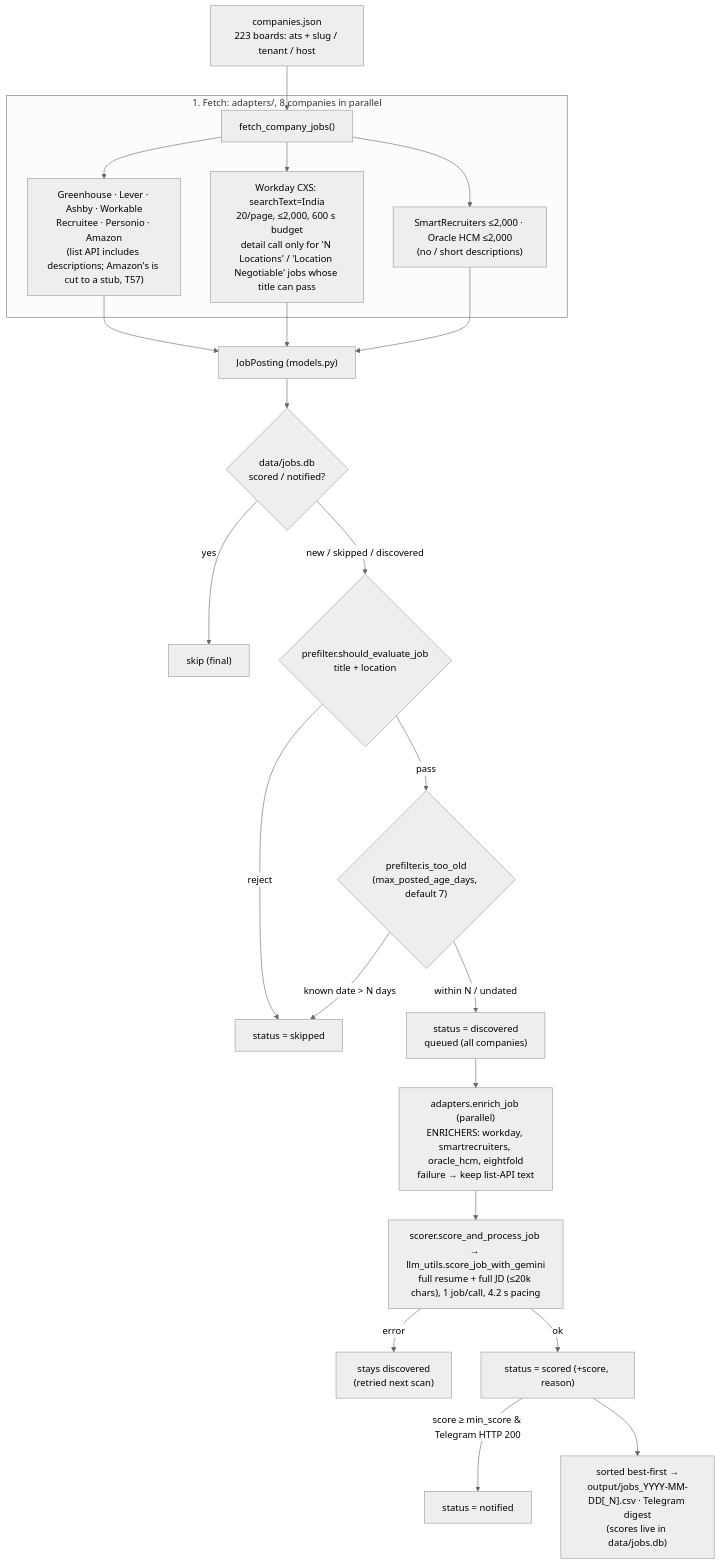
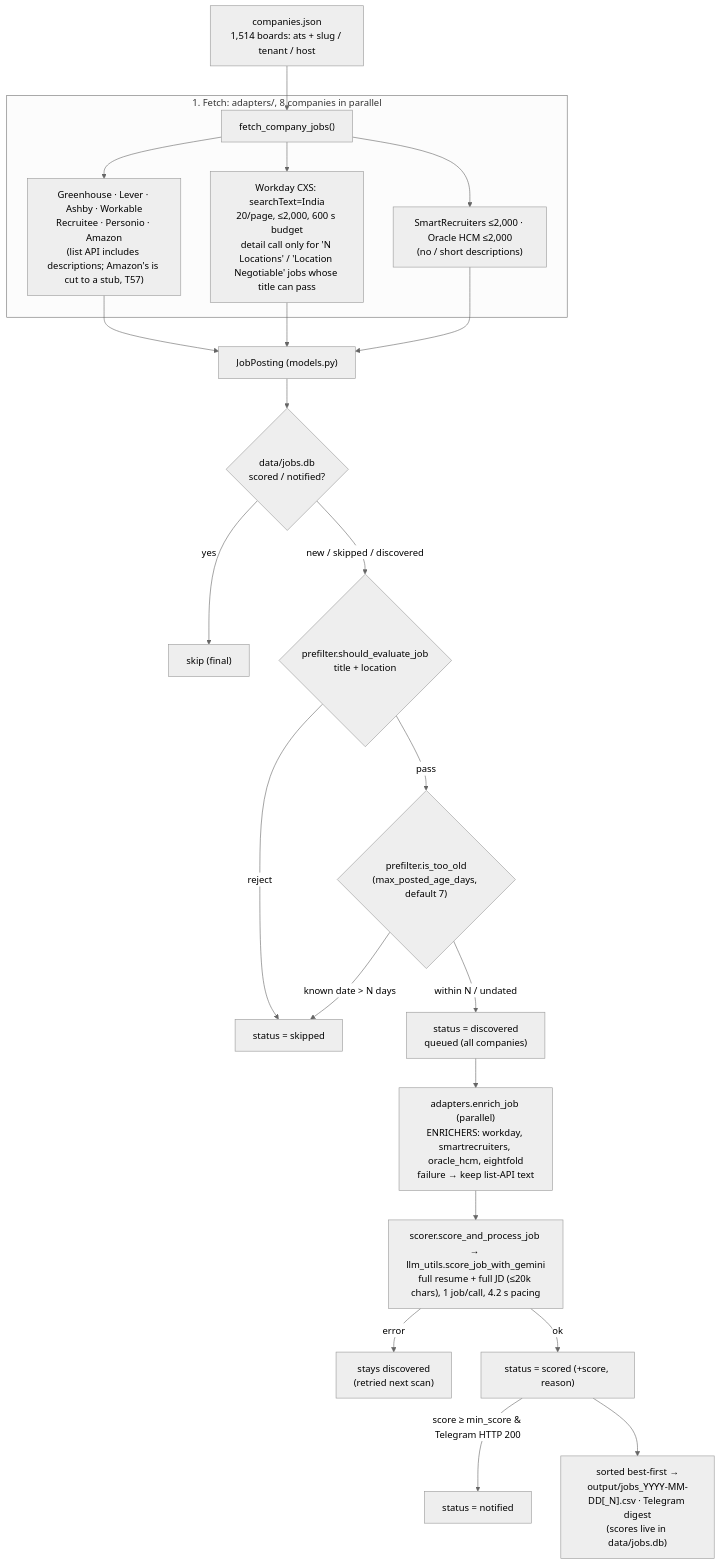
One commit to Manish814142/rolesight changed the diagram in ARCHITECTURE.md. Above: the diagram before and after it, drawn with Mermaid (neutral theme). The commit also changed 5 other files, not shown here.

First line of the commit message:
T111: companies.json grows from 224 to 1,514 boards (harvested from public job-board URLs, each checked by discover)

````diff
--- a/ARCHITECTURE.md
+++ b/ARCHITECTURE.md
@@ -19,25 +19,25 @@
 ```mermaid
 flowchart TD
-    COMP["companies.json<br/>223 boards: ats + slug / tenant / host"] --> FETCH
+    COMP["companies.json<br/>1,514 boards: ats + slug / tenant / host"] --> FETCH
     subgraph Fetch ["1. Fetch: adapters/, 8 companies in parallel"]
         FETCH["fetch_company_jobs()"] --> LISTAPI["Greenhouse · Lever · Ashby · Workable<br/>Recruitee · Personio · Amazon<br/>(list API includes descriptions; Amazon's is cut to a stub, T57)"]
         FETCH --> WD["Workday CXS: searchText=India<br/>20/page, ≤2,000, 600 s budget<br/>detail call only for 'N Locations' / 'Location Negotiable' jobs whose title can pass"]
         FETCH --> SROH["SmartRecruiters ≤2,000 · Oracle HCM ≤2,000<br/>(no / short descriptions)"]
     end
     LISTAPI --> JP["JobPosting (models.py)"]
     WD --> JP
     SROH --> JP
     JP --> DEDUP{"data/jobs.db<br/>scored / notified?"}
     DEDUP -- yes --> SKIPF["skip (final)"]
     DEDUP -- "new / skipped / discovered" --> PF{"prefilter.should_evaluate_job<br/>title + location"}
     PF -- reject --> SKIPPED["status = skipped"]
     PF -- pass --> AGE{"prefilter.is_too_old<br/>(max_posted_age_days, default 7)"}
     AGE -- "known date > N days" --> SKIPPED
     AGE -- "within N / undated" --> QUEUE["status = discovered<br/>queued (all companies)"]
     QUEUE --> ENRICH["adapters.enrich_job (parallel)<br/>ENRICHERS: workday, smartrecruiters, oracle_hcm, eightfold<br/>failure → keep list-API text"]
     ENRICH --> SCORE["scorer.score_and_process_job → llm_utils.score_job_with_gemini<br/>full resume + full JD (≤20k chars), 1 job/call, 4.2 s pacing"]
     SCORE -- error --> DISC["stays discovered<br/>(retried next scan)"]
     SCORE -- ok --> SCORED["status = scored (+score, reason)"]
     SCORED -- "score ≥ min_score & Telegram HTTP 200" --> NOTIFIED["status = notified"]
     SCORED --> OUT["sorted best-first →<br/>output/jobs_YYYY-MM-DD[_N].csv · Telegram digest<br/>(scores live in data/jobs.db)"]
 ```
````
